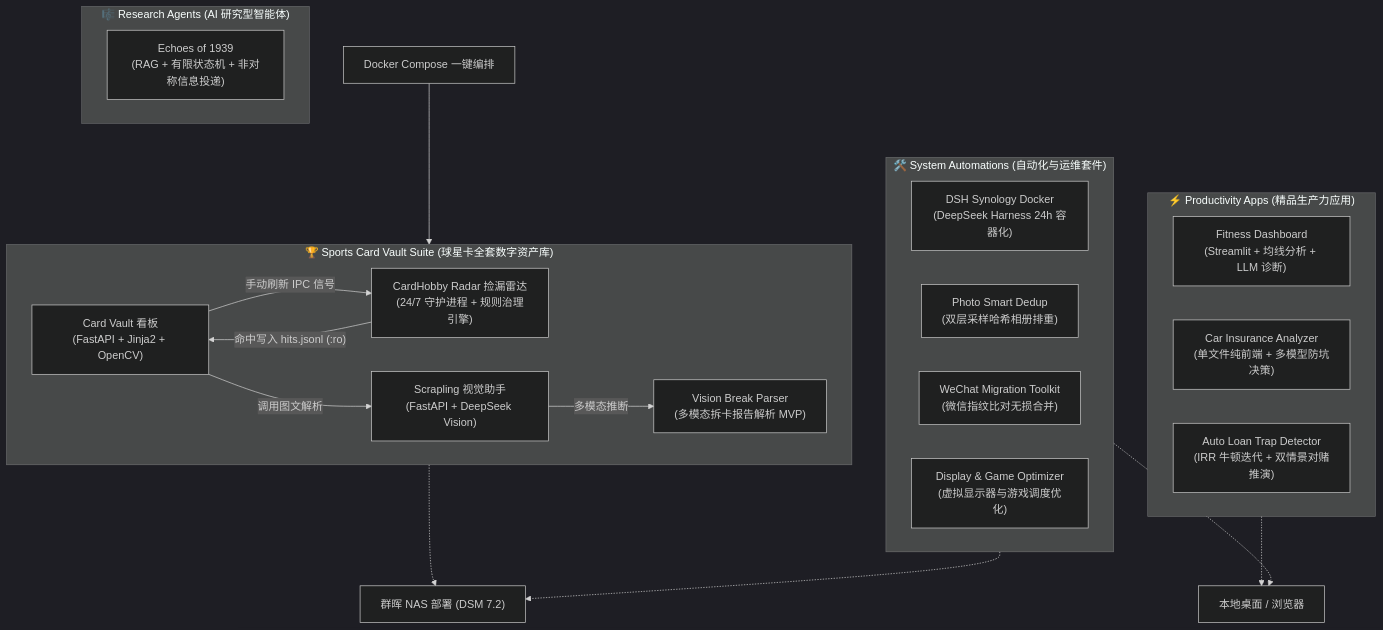
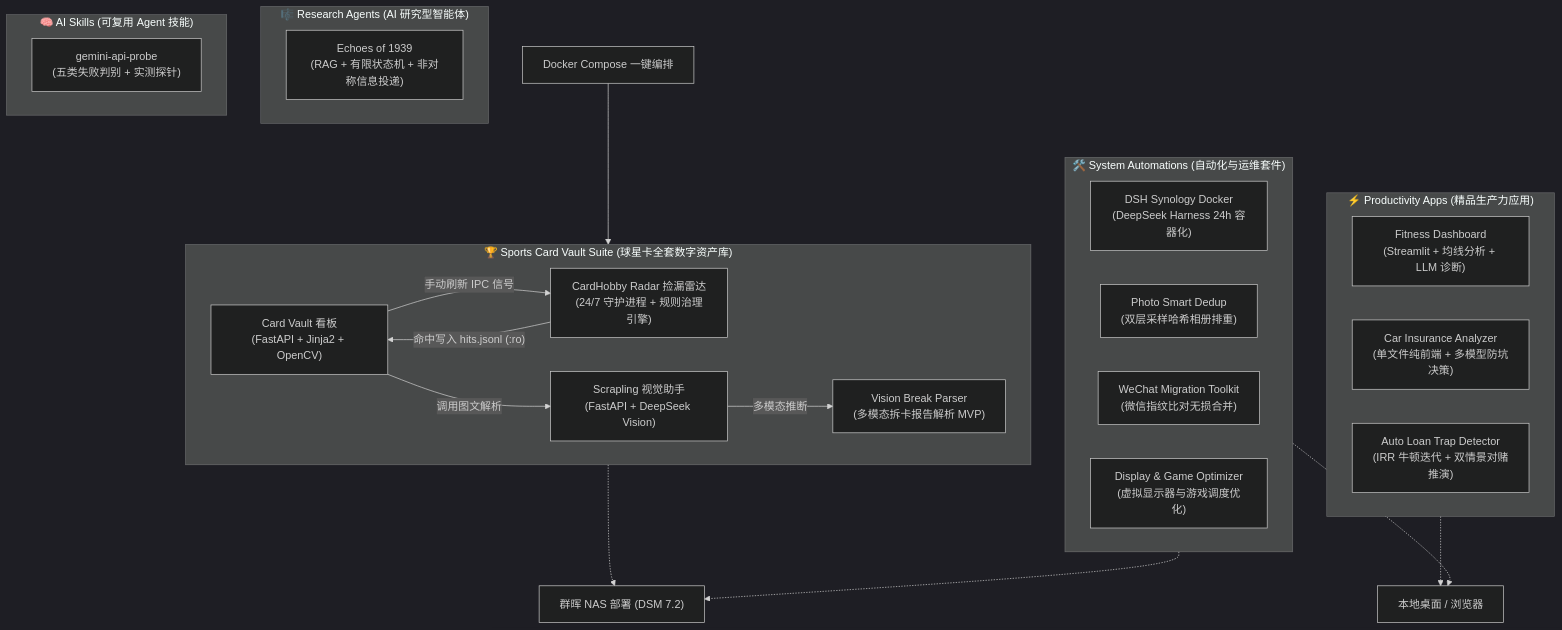
Before and after one commit to GroguZhang/ai-workbench: the diagram in README.md, drawn with Mermaid (dark theme). The commit also changed other lines of this file and 3 other files, not shown here.

First line of the commit message:
feat: 新增 ai-skills 分类，收录 gemini-api-probe 技能

````diff
--- a/README.md
+++ b/README.md
@@ -26,36 +26,40 @@
 ```mermaid
 flowchart TD
     subgraph S1["🏆 Sports Card Vault Suite (球星卡全套数字资产库)"]
         CV["Card Vault 看板<br>(FastAPI + Jinja2 + OpenCV)"]
         CR["CardHobby Radar 捡漏雷达<br>(24/7 守护进程 + 规则治理引擎)"]
         SC["Scrapling 视觉助手<br>(FastAPI + DeepSeek Vision)"]
         VBP["Vision Break Parser<br>(多模态拆卡报告解析 MVP)"]
         
         CR -- "命中写入 hits.jsonl (:ro)" --> CV
         CV -- "手动刷新 IPC 信号" --> CR
         CV -- "调用图文解析" --> SC
         SC -- "多模态推断" --> VBP
     end
 
     subgraph S2["⚡ Productivity Apps (精品生产力应用)"]
         FD["Fitness Dashboard<br>(Streamlit + 均线分析 + LLM 诊断)"]
         CIA["Car Insurance Analyzer<br>(单文件纯前端 + 多模型防坑决策)"]
         ALT["Auto Loan Trap Detector<br>(IRR 牛顿迭代 + 双情景对赌推演)"]
     end
 
     subgraph S4["🎼 Research Agents (AI 研究型智能体)"]
         E1939["Echoes of 1939<br>(RAG + 有限状态机 + 非对称信息投递)"]
     end
 
+    subgraph S5["🧠 AI Skills (可复用 Agent 技能)"]
+        GAP["gemini-api-probe<br>(五类失败判别 + 实测探针)"]
+    end
+
     subgraph S3["🛠️ System Automations (自动化与运维套件)"]
         DSH["DSH Synology Docker<br>(DeepSeek Harness 24h 容器化)"]
         PSD["Photo Smart Dedup<br>(双层采样哈希相册排重)"]
         WMT["WeChat Migration Toolkit<br>(微信指纹比对无损合并)"]
         DGO["Display & Game Optimizer<br>(虚拟显示器与游戏调度优化)"]
     end
 
     Docker["Docker Compose 一键编排"] --> S1
     S1 -.-> NAS["群晖 NAS 部署 (DSM 7.2)"]
     S2 -.-> Local["本地桌面 / 浏览器"]
     S3 -.-> NAS & Local
 ```
````
